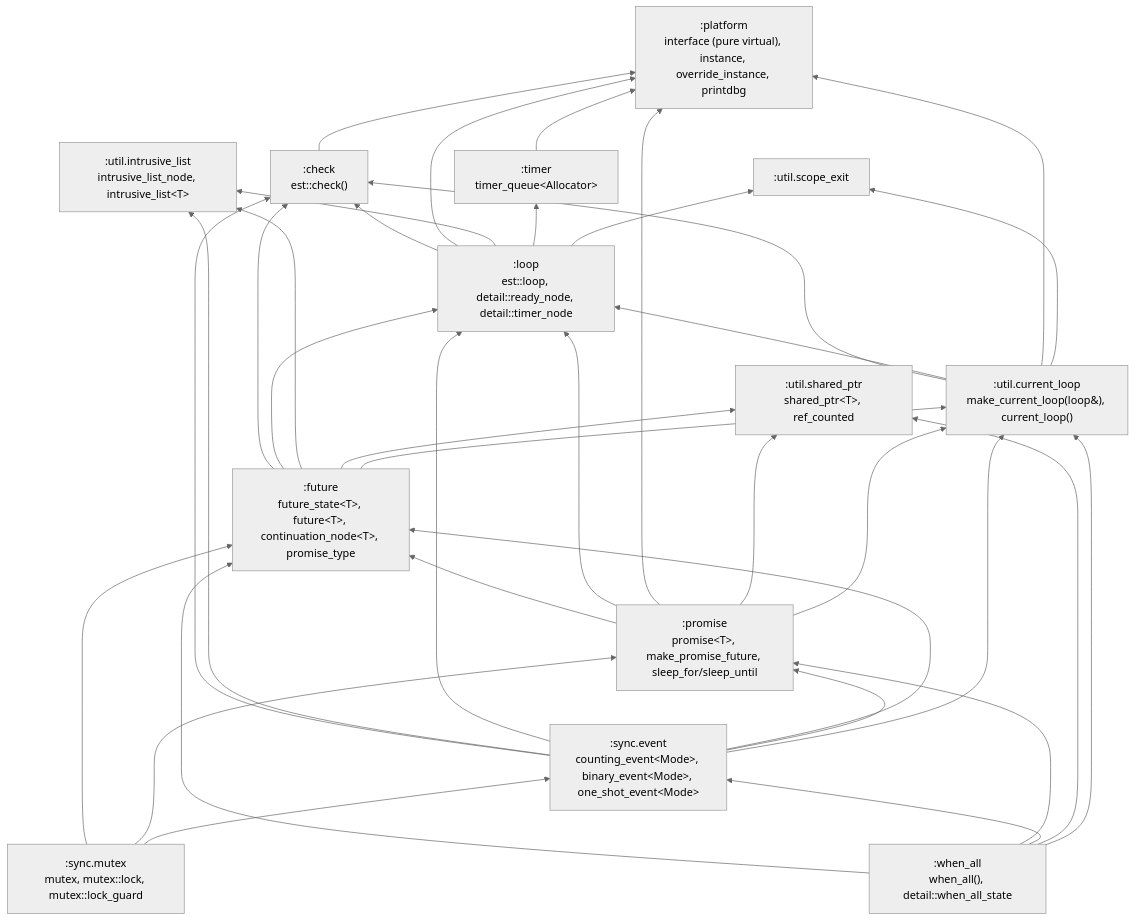
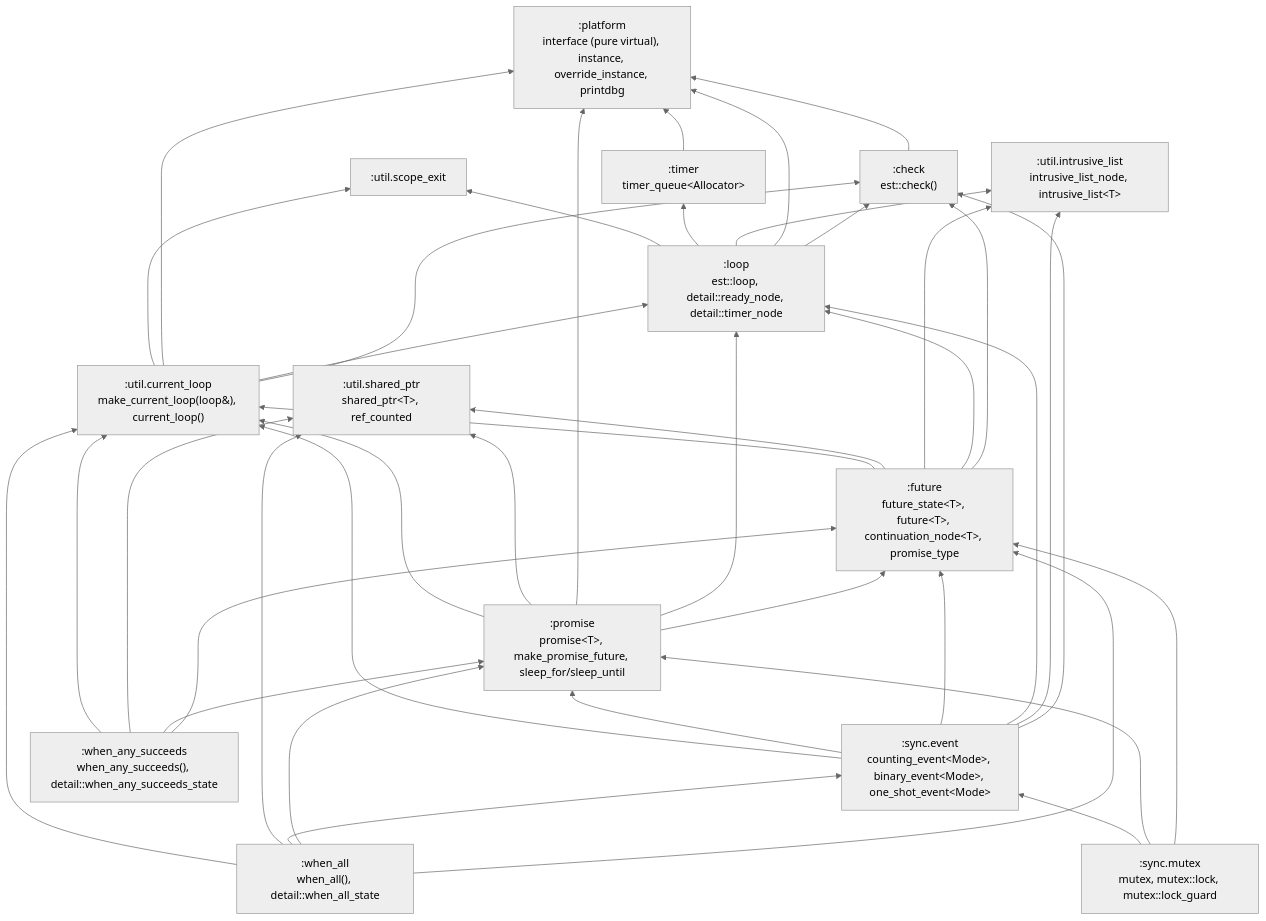
Before and after one commit to andijcr/async_experiments: the first of 2 diagrams in docs/wiki/Architecture.md, drawn with Mermaid (neutral theme). The commit also changed other lines of this file and 8 other files, not shown here.

````diff
--- a/docs/wiki/Architecture.md
+++ b/docs/wiki/Architecture.md
@@ -10,52 +10,57 @@
 ```mermaid
 graph BT
   platform[":platform<br/>interface (pure virtual), instance, override_instance, printdbg"]
   check[":check<br/>est::check()"]
   scope_exit[":util.scope_exit"]
   shared_ptr[":util.shared_ptr<br/>shared_ptr&lt;T&gt;, ref_counted"]
   intrusive_list[":util.intrusive_list<br/>intrusive_list_node, intrusive_list&lt;T&gt;"]
   event[":sync.event<br/>counting_event&lt;Mode&gt;, binary_event&lt;Mode&gt;, one_shot_event&lt;Mode&gt;"]
   mutex[":sync.mutex<br/>mutex, mutex::lock, mutex::lock_guard"]
   timer[":timer<br/>timer_queue&lt;Allocator&gt;"]
   loop[":loop<br/>est::loop, detail::ready_node, detail::timer_node"]
   current_loop[":util.current_loop<br/>make_current_loop(loop&amp;), current_loop()"]
   future[":future<br/>future_state&lt;T&gt;, future&lt;T&gt;, continuation_node&lt;T&gt;, promise_type"]
   promise[":promise<br/>promise&lt;T&gt;, make_promise_future, sleep_for/sleep_until"]
   when_all[":when_all<br/>when_all(), detail::when_all_state"]
+  when_any_succeeds[":when_any_succeeds<br/>when_any_succeeds(), detail::when_any_succeeds_state"]
 
   check --> platform
   event --> check
   event --> intrusive_list
   event --> loop
   event --> future
   event --> promise
   event --> current_loop
   mutex --> future
   mutex --> promise
   mutex --> event
   timer --> platform
   loop --> check
   loop --> platform
   loop --> intrusive_list
   loop --> timer
   loop --> scope_exit
   current_loop --> check
   current_loop --> loop
   current_loop --> platform
   current_loop --> scope_exit
   future --> check
   future --> loop
   future --> intrusive_list
   future --> shared_ptr
   future --> current_loop
   promise --> future
   promise --> loop
   promise --> platform
   promise --> shared_ptr
   promise --> current_loop
   when_all --> future
   when_all --> promise
   when_all --> event
   when_all --> shared_ptr
   when_all --> current_loop
+  when_any_succeeds --> future
+  when_any_succeeds --> promise
+  when_any_succeeds --> shared_ptr
+  when_any_succeeds --> current_loop
 ```
````
